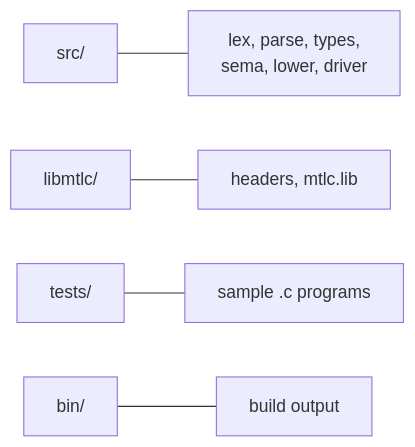
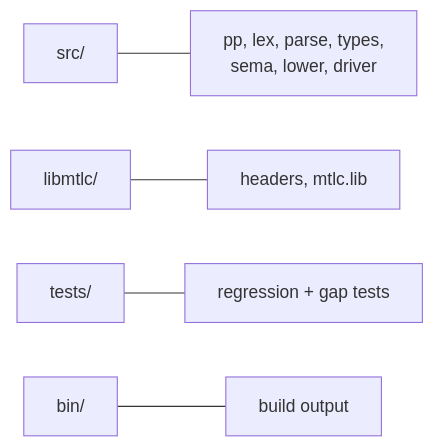
The third of 3 diagrams in README.md (marquisburg/m-c99), drawn with Mermaid before and after one commit. The commit also changed other lines of this file and 9 other files, not shown here.

````diff
--- a/README.md
+++ b/README.md
@@ -95,7 +106,7 @@
 ```mermaid
 flowchart LR
-  srcdir[src/] --- fe["lex, parse, types,<br/>sema, lower, driver"]
+  srcdir[src/] --- fe["pp, lex, parse, types,<br/>sema, lower, driver"]
   lib[libmtlc/] --- be["headers, mtlc.lib"]
-  tests[tests/] --- samples["sample .c programs"]
+  tests[tests/] --- samples["regression + gap tests"]
   bin[bin/] --- out2["build output"]
 ```
````
